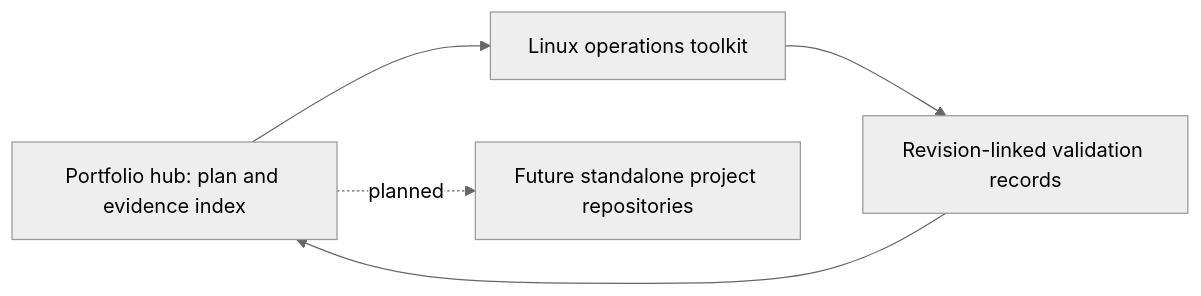
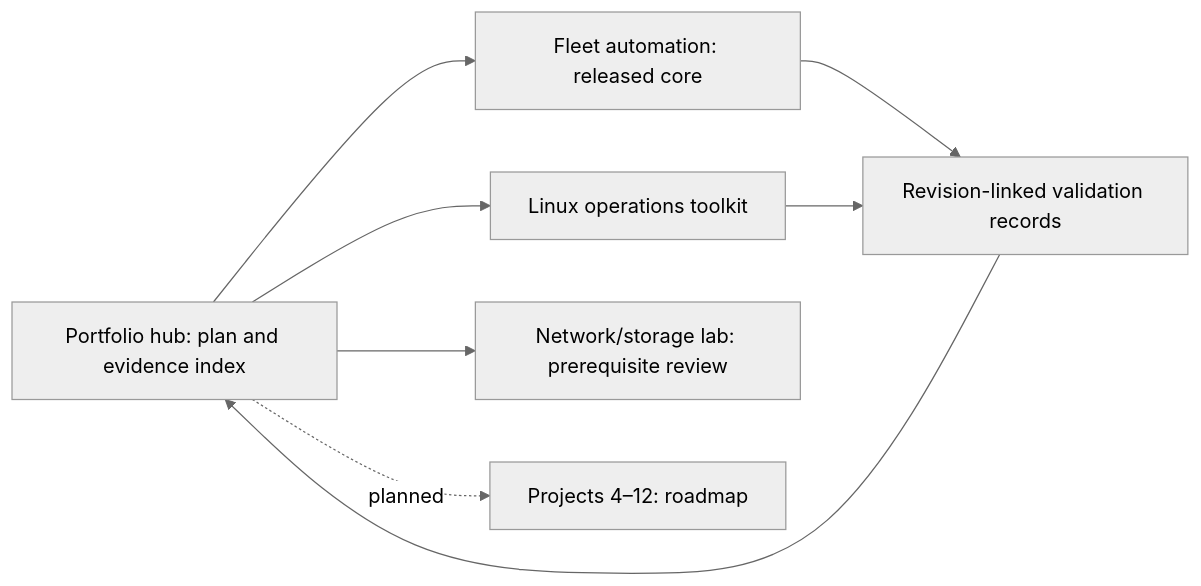
Before and after one commit to Yash-PK/ops-linux-devops-portfolio: the diagram in README.md, drawn with Mermaid (neutral theme). The commit also changed other lines of this file and 8 other files, not shown here.

Commit message:
Record released fleet automation and activate network storage review

````diff
--- a/README.md
+++ b/README.md
@@ -39,11 +50,16 @@
 ```mermaid
 flowchart LR
     Hub[Portfolio hub: plan and evidence index]
     Toolkit[Linux operations toolkit]
-    Future[Future standalone project repositories]
+    Fleet[Fleet automation: released core]
+    Network[Network/storage lab: prerequisite review]
+    Future[Projects 4–12: roadmap]
     Evidence[Revision-linked validation records]
     Hub --> Toolkit
+    Hub --> Fleet
+    Hub --> Network
+    Fleet --> Evidence
     Hub -. planned .-> Future
     Toolkit --> Evidence
     Evidence --> Hub
 ```
````
